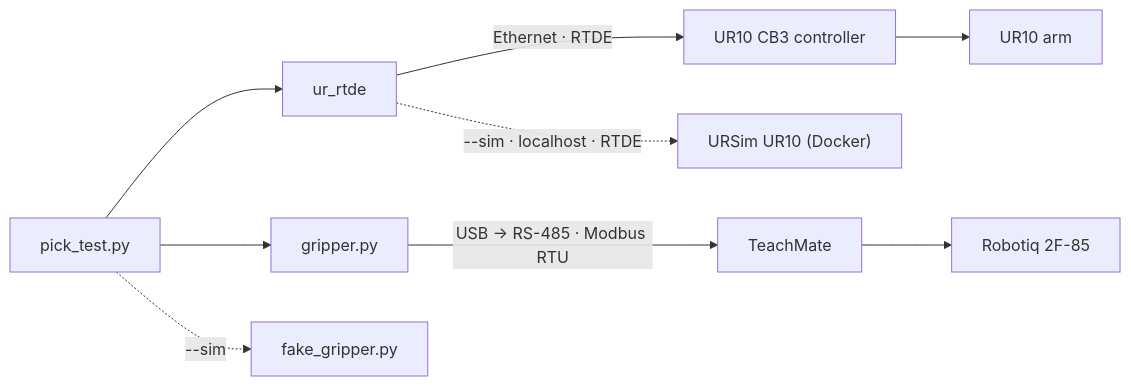
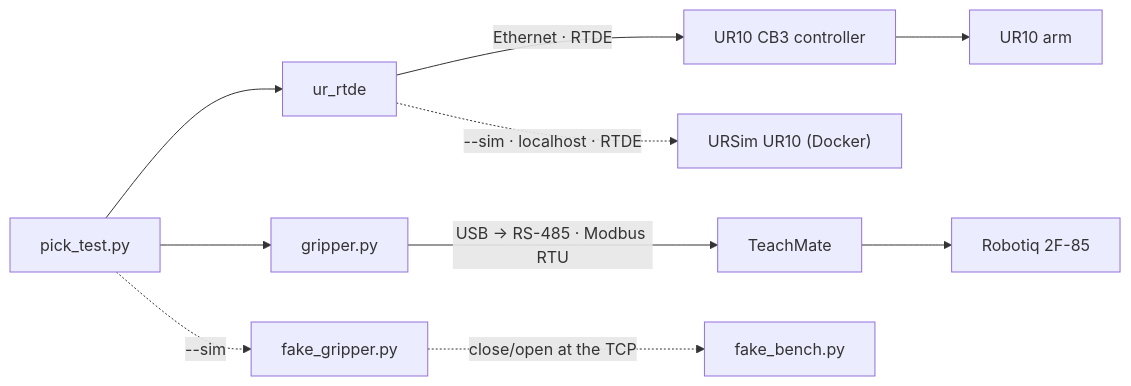
The first of 2 diagrams in README.md (Gabriel-smm/auto-UR10), drawn with Mermaid before and after one commit. The commit also changed other lines of this file, not shown here.

Commit message:
README: describe the decision loop and add its diagram

````diff
--- a/README.md
+++ b/README.md
@@ -19,11 +19,12 @@
 ```mermaid
 flowchart LR
     S["pick_test.py"] --> R["ur_rtde"]
     S --> G["gripper.py"]
     R -- "Ethernet · RTDE" --> CB3["UR10 CB3 controller"]
     CB3 --> ARM["UR10 arm"]
     G -- "USB → RS-485 · Modbus RTU" --> TM["TeachMate"]
     TM --> GR["Robotiq 2F-85"]
     R -. "--sim · localhost · RTDE" .-> SIM["URSim UR10 (Docker)"]
     S -. "--sim" .-> FG["fake_gripper.py"]
+    FG -. "close/open at the TCP" .-> FB["fake_bench.py"]
 ```
````
